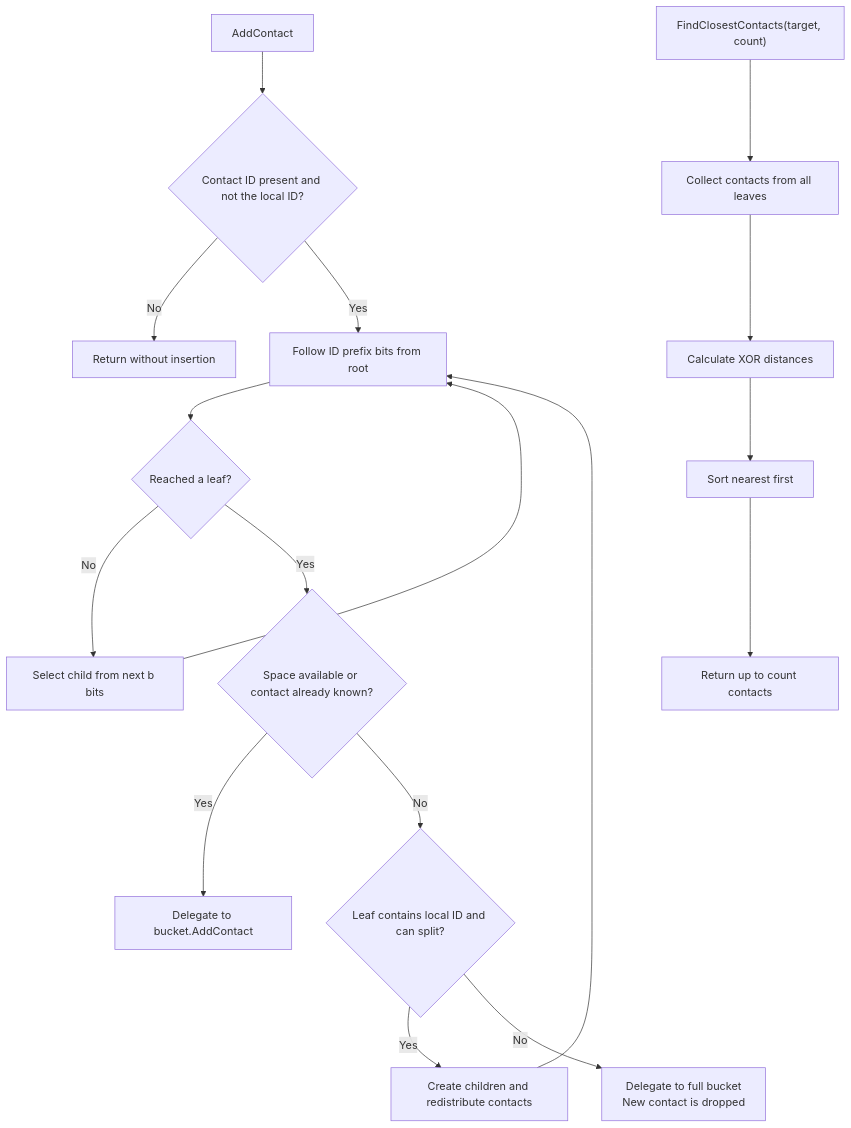
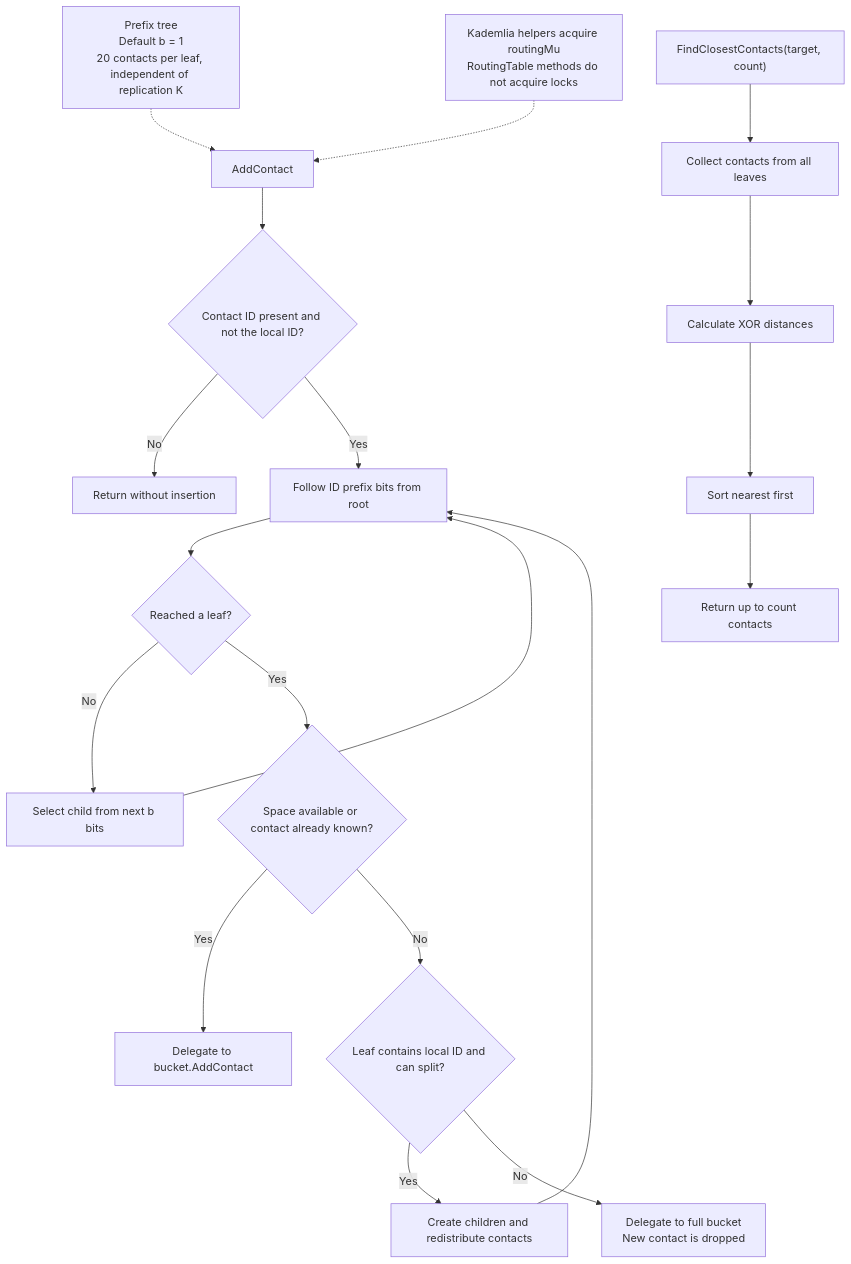
One commit to mohraj-0/Mobil-and-distributed-D7024E changed diagram 12 of 17 in labs/ARCHITECTURE.md. Above: the diagram before and after it, drawn with Mermaid. The commit also changed other lines of this file, not shown here.

````diff
--- a/labs/ARCHITECTURE.md
+++ b/labs/ARCHITECTURE.md
@@ -287,20 +336,22 @@
 ```mermaid
 flowchart TD
+    SETTINGS["Prefix tree<br/>Default b = 1<br/>20 contacts per leaf, independent of replication K"] -.-> ADD
+    LOCK["Kademlia helpers acquire routingMu<br/>RoutingTable methods do not acquire locks"] -.-> ADD
     ADD["AddContact"] --> VALID{"Contact ID present and not the local ID?"}
     VALID -->|No| IGNORE["Return without insertion"]
     VALID -->|Yes| WALK["Follow ID prefix bits from root"]
     WALK --> LEAF{"Reached a leaf?"}
     LEAF -->|No| CHILD["Select child from next b bits"]
     CHILD --> WALK
     LEAF -->|Yes| SPACE{"Space available or contact already known?"}
     SPACE -->|Yes| BUCKET["Delegate to bucket.AddContact"]
     SPACE -->|No| SPLIT{"Leaf contains local ID and can split?"}
     SPLIT -->|Yes| CHILDREN["Create children and redistribute contacts"]
     CHILDREN --> WALK
     SPLIT -->|No| FULL["Delegate to full bucket<br/>New contact is dropped"]
 
     FIND["FindClosestContacts(target, count)"] --> COLLECT["Collect contacts from all leaves"]
     COLLECT --> DIST["Calculate XOR distances"]
     DIST --> SORT["Sort nearest first"]
     SORT --> TAKE["Return up to count contacts"]
 ```
````
